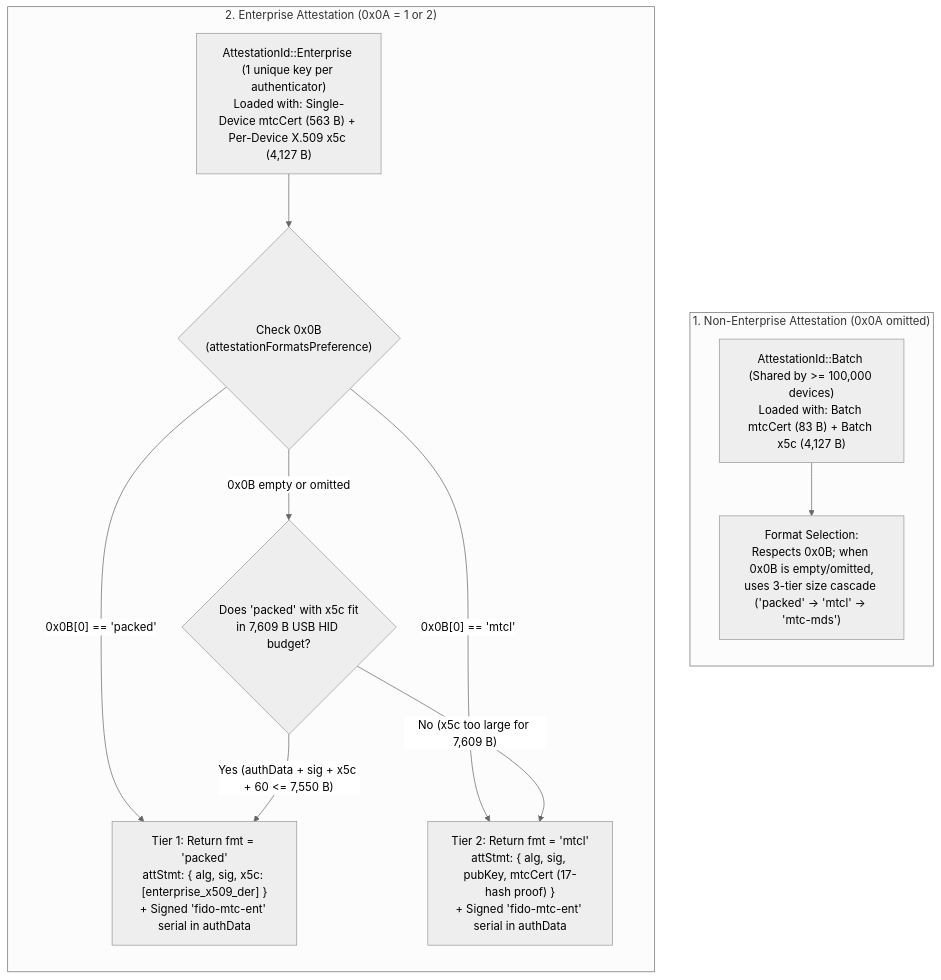
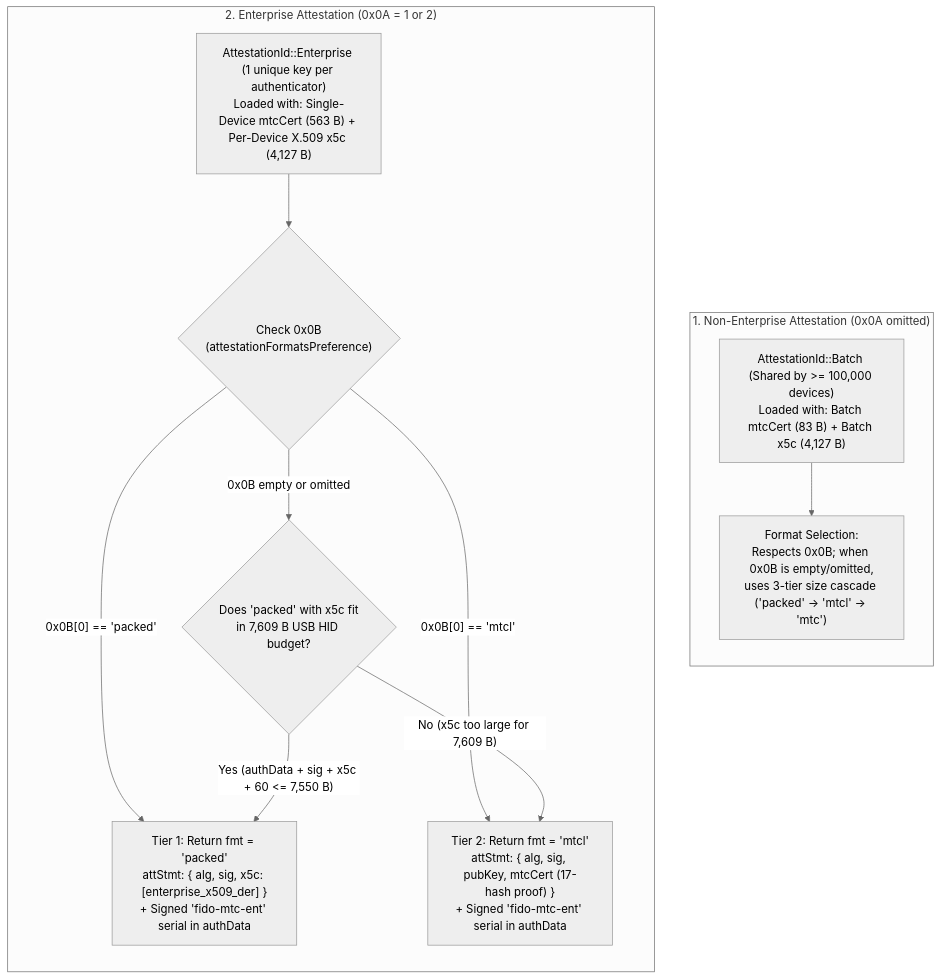
Before and after one commit to ve7jtb/ve7jtb.github.io: the third of 4 diagrams in pq_mtc_attestation_proposal.md, drawn with Mermaid (neutral theme). The commit also changed other lines of this file and 9 other files, not shown here.

Commit message:
Update preferred compact MTC format to mtc (formerly mtc-mds) per Authenticate 2026 CTAP2 TWG consensus

````diff
--- a/pq_mtc_attestation_proposal.md
+++ b/pq_mtc_attestation_proposal.md
@@ -589,24 +596,24 @@
 ```mermaid
 flowchart TD
     subgraph NonEnt["1. Non-Enterprise Attestation (0x0A omitted)"]
         direction TB
         BatchKey["AttestationId::Batch (Shared by >= 100,000 devices)<br/>Loaded with: Batch mtcCert (83 B) + Batch x5c (4,127 B)"]
-        BatchCascade["Format Selection:<br/>Respects 0x0B; when 0x0B is empty/omitted,<br/>uses 3-tier size cascade ('packed' -> 'mtcl' -> 'mtc-mds')"]
+        BatchCascade["Format Selection:<br/>Respects 0x0B; when 0x0B is empty/omitted,<br/>uses 3-tier size cascade ('packed' -> 'mtcl' -> 'mtc')"]
         BatchKey --> BatchCascade
     end
 
     subgraph Ent["2. Enterprise Attestation (0x0A = 1 or 2)"]
         direction TB
         EntKey["AttestationId::Enterprise (1 unique key per authenticator)<br/>Loaded with: Single-Device mtcCert (563 B) + Per-Device X.509 x5c (4,127 B)"]
         EntPref{"Check 0x0B<br/>(attestationFormatsPreference)"}
         EntSize{"Does 'packed' with x5c fit<br/>in 7,609 B USB HID budget?"}
         EntPacked["Tier 1: Return fmt = 'packed'<br/>attStmt: { alg, sig, x5c: [enterprise_x509_der] }<br/>+ Signed 'fido-mtc-ent' serial in authData"]
         EntMtc["Tier 2: Return fmt = 'mtcl'<br/>attStmt: { alg, sig, pubKey, mtcCert (17-hash proof) }<br/>+ Signed 'fido-mtc-ent' serial in authData"]
         EntKey --> EntPref
         EntPref -- "0x0B[0] == 'packed'" --> EntPacked
         EntPref -- "0x0B[0] == 'mtcl'" --> EntMtc
         EntPref -- "0x0B empty or omitted" --> EntSize
         EntSize -- "Yes (authData + sig + x5c + 60 <= 7,550 B)" --> EntPacked
         EntSize -- "No (x5c too large for 7,609 B)" --> EntMtc
     end
 ```
````
